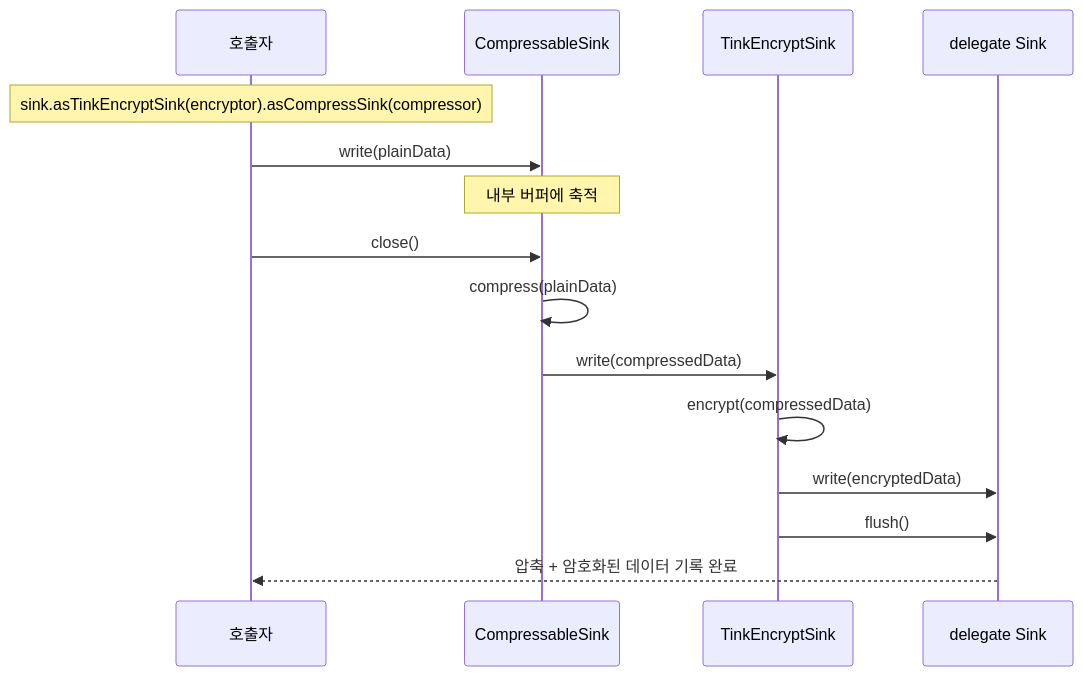
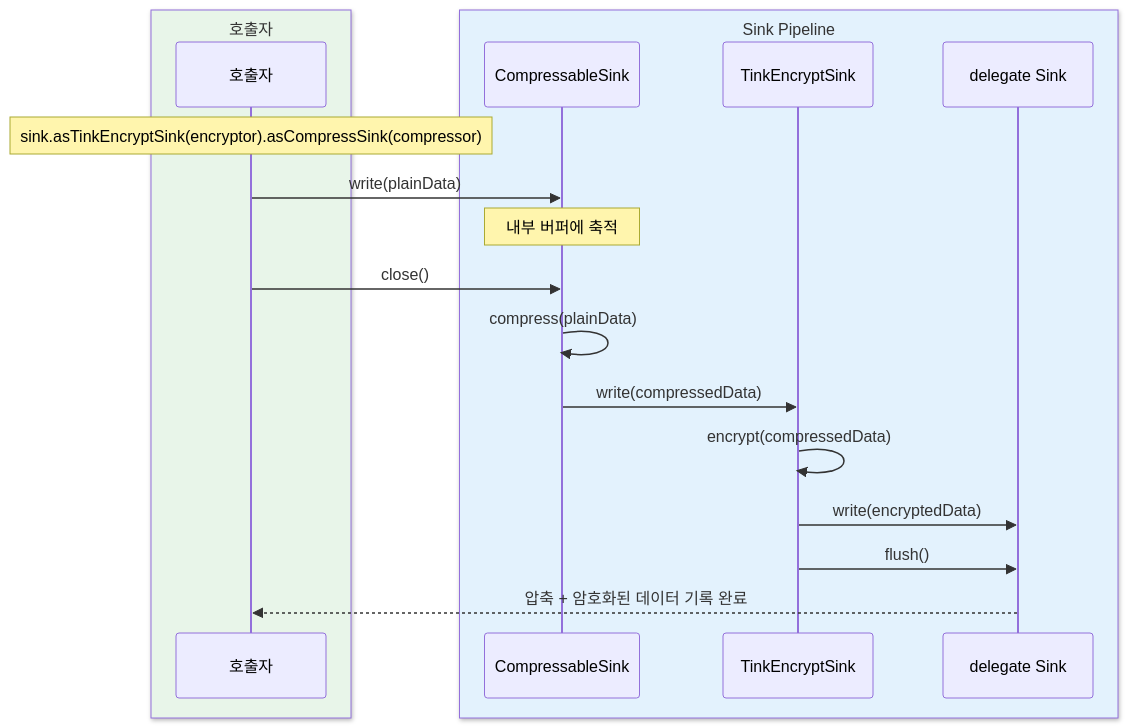
The eighth of 9 diagrams in io/okio/README.ko.md (bluetape4k/bluetape4k-projects), drawn with Mermaid before and after one commit. The commit also changed other lines of this file and 221 other files, not shown here.

First line of the commit message:
docs: 전체 모듈 README UML 다이어그램 보강 및 색상 업그레이드

````diff
--- a/io/okio/README.ko.md
+++ b/io/okio/README.ko.md
@@ -622,20 +672,24 @@
 ```mermaid
 sequenceDiagram
-    participant C as 호출자
-    participant CS as CompressableSink
-    participant ES as TinkEncryptSink
-    participant D as delegate Sink
+    box rgb(232, 245, 233) 호출자
+        participant C as 호출자
+    end
+    box rgb(227, 242, 253) Sink Pipeline
+        participant CS as CompressableSink
+        participant ES as TinkEncryptSink
+        participant D as delegate Sink
+    end
 
     Note over C: sink.asTinkEncryptSink(encryptor).asCompressSink(compressor)
 
     C->>CS: write(plainData)
     Note over CS: 내부 버퍼에 축적
 
     C->>CS: close()
     CS->>CS: compress(plainData)
     CS->>ES: write(compressedData)
     ES->>ES: encrypt(compressedData)
     ES->>D: write(encryptedData)
     ES->>D: flush()
     D-->>C: 압축 + 암호화된 데이터 기록 완료
 ```
````
